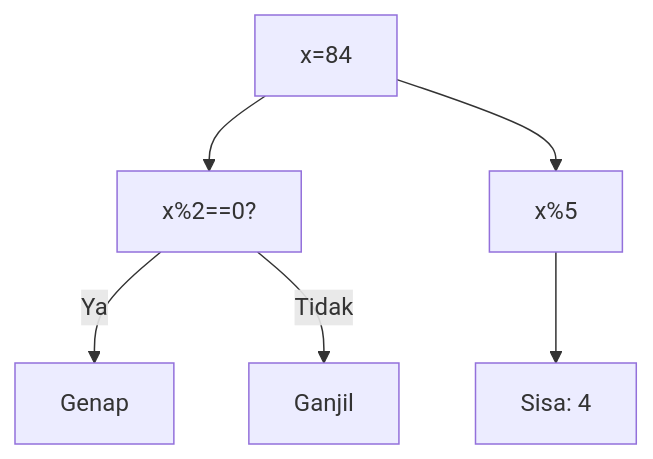
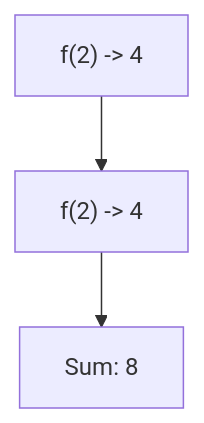
One commit to amnahwaida/OSNK_INF_PREP changed diagram 14 of 25 in part-c-pemahaman-cpp/04-fungsi/latihan/set-12.md. Above: the diagram before and after it, drawn with Mermaid. The commit also changed other lines of this file and 71 other files, not shown here.

````diff
--- a/part-c-pemahaman-cpp/04-fungsi/latihan/set-12.md
+++ b/part-c-pemahaman-cpp/04-fungsi/latihan/set-12.md
@@ -438,8 +366,5 @@
 ```mermaid
 graph TD
-A["x=84"] --> B["x%2==0?"]
-B -- Ya --> C["Genap"]
-B -- Tidak --> D["Ganjil"]
-A --> E["x%5"]
-E --> F["Sisa: 4"]
+A["f(2) -> 4"] --> B["f(2) -> 4"]
+B --> C["Sum: 8"]
 ```
````
